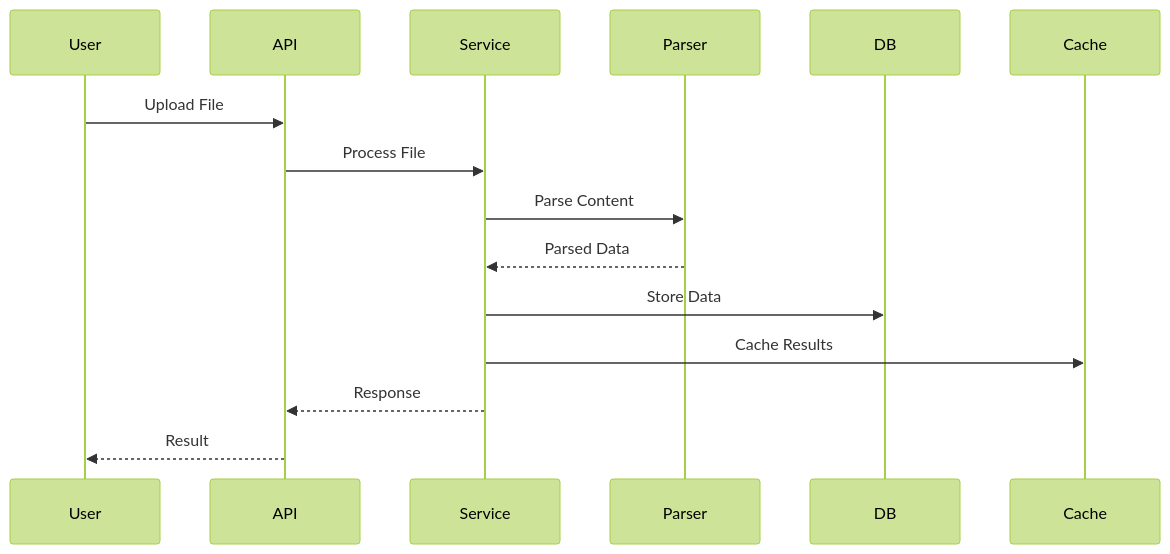
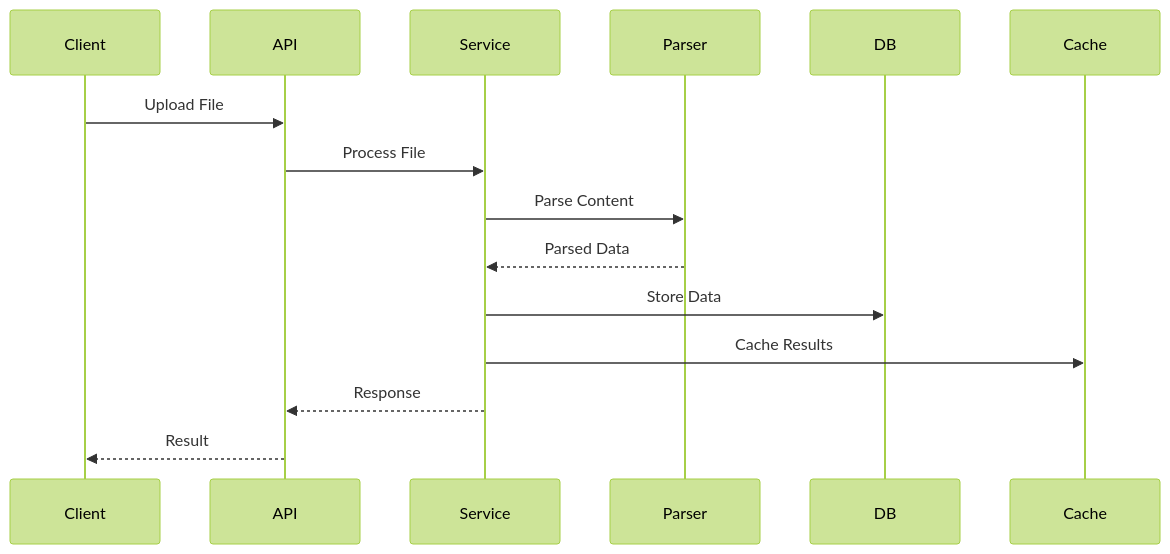
One commit to Lukianos76/project_babel changed the third of 5 diagrams in docs/architecture/component-architecture.md. Above: the diagram before and after it, drawn with Mermaid (forest theme). The commit also changed other lines of this file and 7 other files, not shown here.

````diff
--- a/docs/architecture/component-architecture.md
+++ b/docs/architecture/component-architecture.md
@@ -140,18 +142,18 @@
 ```mermaid
 sequenceDiagram
-    participant User
+    participant Client
     participant API
     participant Service
     participant Parser
     participant DB
     participant Cache
 
-    User->>API: Upload File
+    Client->>API: Upload File
     API->>Service: Process File
     Service->>Parser: Parse Content
     Parser-->>Service: Parsed Data
     Service->>DB: Store Data
     Service->>Cache: Cache Results
     Service-->>API: Response
-    API-->>User: Result
+    API-->>Client: Result
 ```
````
